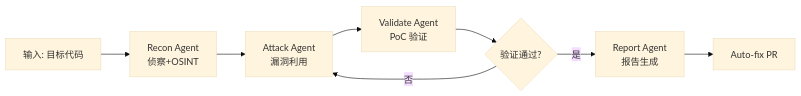
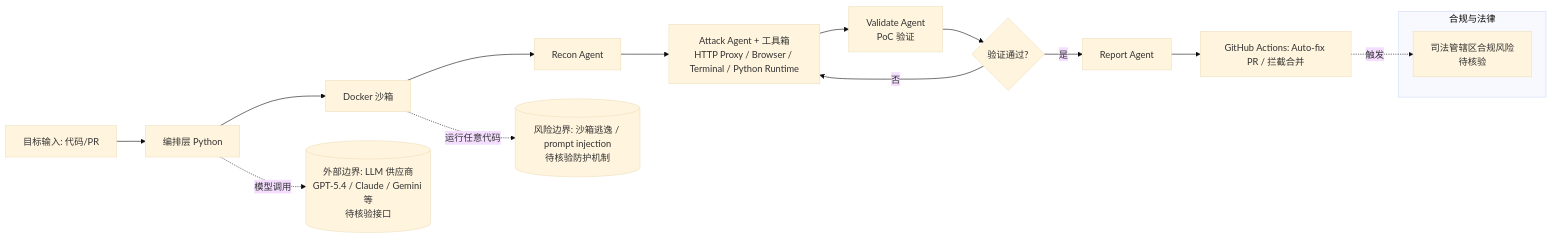
The diagram in projects/strix.md (aiutil/github-researcher), drawn with Mermaid (base theme) before and after one commit. The commit also changed other lines of this file and 939 other files, not shown here.

Commit message:
feat: add architect briefs and Mermaid project maps

````diff
--- a/projects/strix.md
+++ b/projects/strix.md
@@ -41,10 +54,18 @@
 ```mermaid
 flowchart LR
-    A[输入: 目标代码] --> B[Recon Agent<br/>侦察+OSINT]
-    B --> C[Attack Agent<br/>漏洞利用]
-    C --> D[Validate Agent<br/>PoC 验证]
-    D --> E{验证通过?}
-    E -->|是| F[Report Agent<br/>报告生成]
-    E -->|否| C
-    F --> G[Auto-fix PR]
+A[目标输入: 代码/PR] --> B[编排层 Python]
+B --> C[Docker 沙箱]
+C --> D[Recon Agent]
+D --> E[Attack Agent + 工具箱<br/>HTTP Proxy / Browser / Terminal / Python Runtime]
+E --> F[Validate Agent<br/>PoC 验证]
+F --> G{验证通过?}
+G -->|是| H[Report Agent]
+G -->|否| E
+H --> I[GitHub Actions: Auto-fix PR / 拦截合并]
+C -.运行任意代码.-> J[(风险边界: 沙箱逃逸 / prompt injection<br/>待核验防护机制)]
+B -.模型调用.-> K[(外部边界: LLM 供应商<br/>GPT-5.4 / Claude / Gemini 等<br/>待核验接口)]
+subgraph 合规与法律
+L[司法管辖区合规风险<br/>待核验]
+end
+I -.触发.-> L
 ```
````
